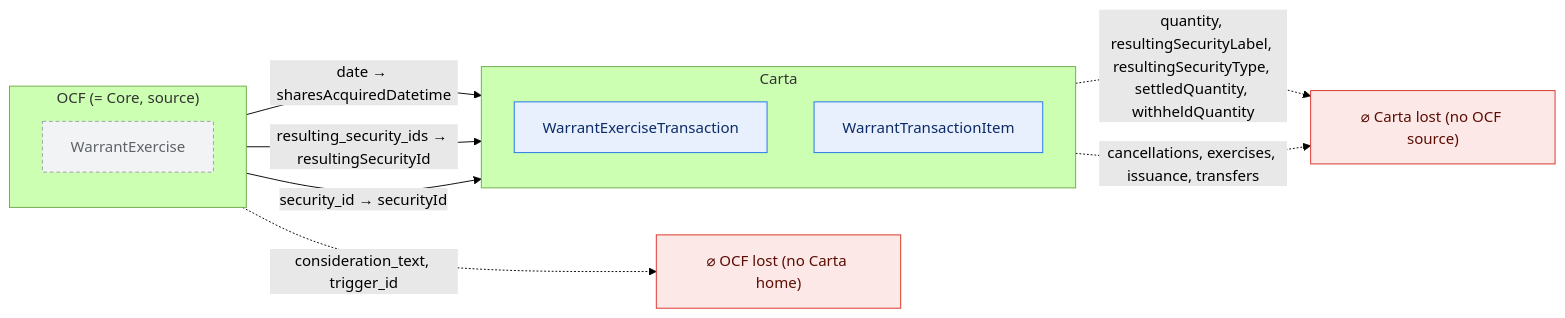
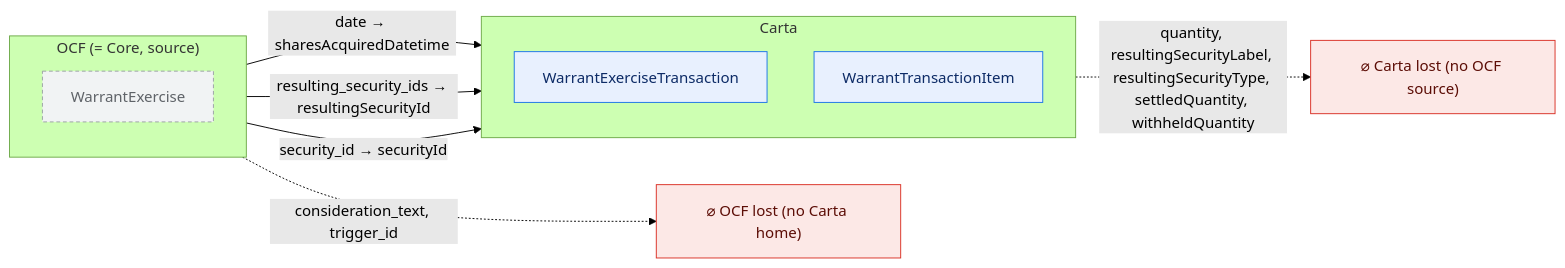
Before and after one commit to Open-Cap-Table-Coalition/OCF-Composed-Schemas: diagram 27 of 47 in docs/core-bidirectional-flow.md, drawn with Mermaid (forest theme). The commit also changed other lines of this file and 18 other files, not shown here.

````diff
--- a/docs/core-bidirectional-flow.md
+++ b/docs/core-bidirectional-flow.md
@@ -913,24 +916,23 @@
 ```mermaid
 flowchart LR
   classDef adm fill:#e6f4ea,stroke:#34a853,color:#0b3d20;
   classDef notadm fill:#f1f3f4,stroke:#9aa0a6,color:#5f6368,stroke-dasharray:4 3;
   classDef carta fill:#e8f0fe,stroke:#1a73e8,color:#0d2b66;
   classDef lost fill:#fce8e6,stroke:#d93025,color:#5c0d06;
   subgraph SRC["OCF (= Core, source)"]
     direction TB
     o0["WarrantExercise"]:::notadm
   end
   subgraph TGT["Carta"]
     direction TB
     t0["WarrantExerciseTransaction"]:::carta
     t1["WarrantTransactionItem"]:::carta
   end
   ocflost["⌀ OCF lost (no Carta home)"]:::lost
   cartalost["⌀ Carta lost (no OCF source)"]:::lost
   o0 -->|"date → sharesAcquiredDatetime"| t0
   o0 -->|"resulting_security_ids → resultingSecurityId"| t0
   o0 -->|"security_id → securityId"| t1
   o0 -.->|"consideration_text, trigger_id"| ocflost
   t0 -.->|"quantity, resultingSecurityLabel, resultingSecurityType, settledQuantity, withheldQuantity"| cartalost
-  t1 -.->|"cancellations, exercises, issuance, transfers"| cartalost
 ```
````
